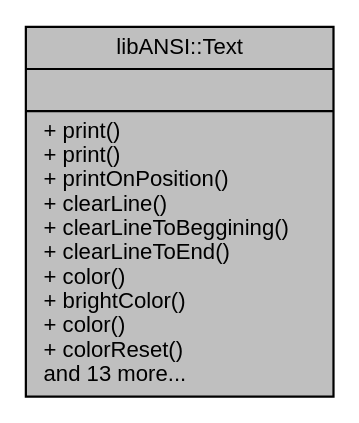
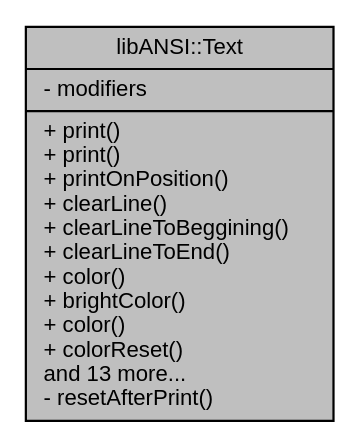
The diagram in doc/classlibANSI_1_1Text__coll__graph.dot (smejkalpetr/lib-ansi), drawn with Graphviz before and after one commit. The commit also changed 80 other files, not shown here.

Commit message:
added comments for text module.

```diff
--- a/doc/classlibANSI_1_1Text__coll__graph.dot
+++ b/doc/classlibANSI_1_1Text__coll__graph.dot
@@ -1,7 +1,7 @@
 digraph "libANSI::Text"
 {
  // LATEX_PDF_SIZE
   edge [fontname="Helvetica",fontsize="10",labelfontname="Helvetica",labelfontsize="10"];
   node [fontname="Helvetica",fontsize="10",shape=record];
-  Node1 [label="{libANSI::Text\n||+ print()\l+ print()\l+ printOnPosition()\l+ clearLine()\l+ clearLineToBeggining()\l+ clearLineToEnd()\l+ color()\l+ brightColor()\l+ color()\l+ colorReset()\land 13 more...\l}",height=0.2,width=0.4,color="black", fillcolor="grey75", style="filled", fontcolor="black",tooltip=" "];
+  Node1 [label="{libANSI::Text\n|- modifiers\l|+ print()\l+ print()\l+ printOnPosition()\l+ clearLine()\l+ clearLineToBeggining()\l+ clearLineToEnd()\l+ color()\l+ brightColor()\l+ color()\l+ colorReset()\land 13 more...\l- resetAfterPrint()\l}",height=0.2,width=0.4,color="black", fillcolor="grey75", style="filled", fontcolor="black",tooltip="This module allows to set modifiers for text (e.g. font, color, etc.) and then print modified string."];
 }
```
